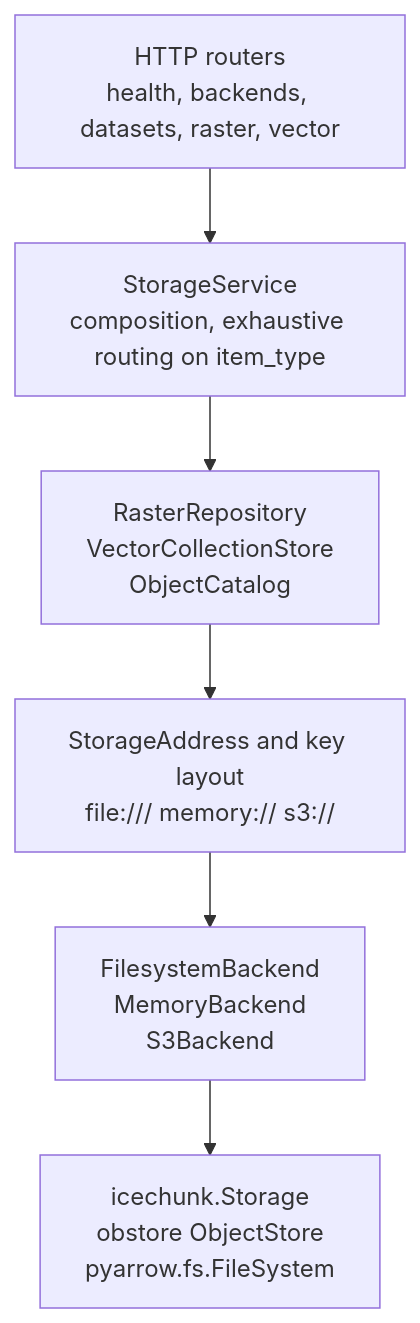
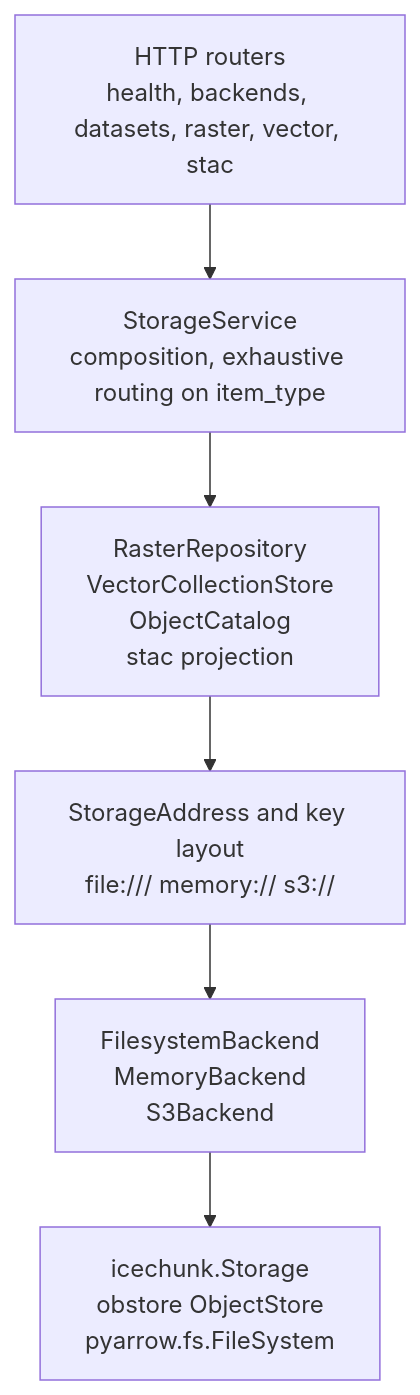
One commit to mortenoh/ocs-storage-exploration changed the diagram in docs/architecture.md. Above: the diagram before and after it, drawn with Mermaid. The commit also changed other lines of this file and 26 other files, not shown here.

First line of the commit message:
feat: expose datasets as a STAC catalog

````diff
--- a/docs/architecture.md
+++ b/docs/architecture.md
@@ -11,15 +11,15 @@
 ```mermaid
 flowchart TD
-    R["HTTP routers<br/>health, backends, datasets, raster, vector"]
+    R["HTTP routers<br/>health, backends, datasets, raster, vector, stac"]
     S["StorageService<br/>composition, exhaustive routing on item_type"]
-    E["RasterRepository<br/>VectorCollectionStore<br/>ObjectCatalog"]
+    E["RasterRepository<br/>VectorCollectionStore<br/>ObjectCatalog<br/>stac projection"]
     A["StorageAddress and key layout<br/>file:/// memory:// s3://"]
     B["FilesystemBackend<br/>MemoryBackend<br/>S3Backend"]
     L["icechunk.Storage<br/>obstore ObjectStore<br/>pyarrow.fs.FileSystem"]
 
     R --> S
     S --> E
     E --> A
     A --> B
     B --> L
 ```
````
